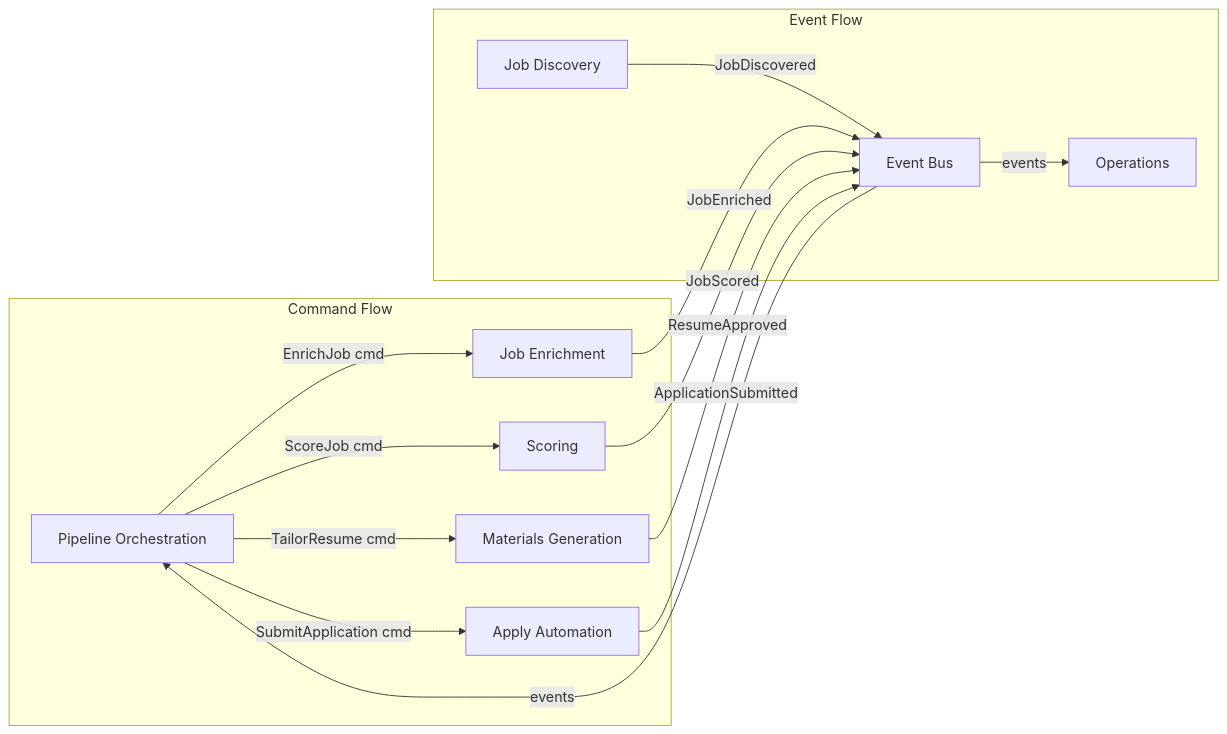
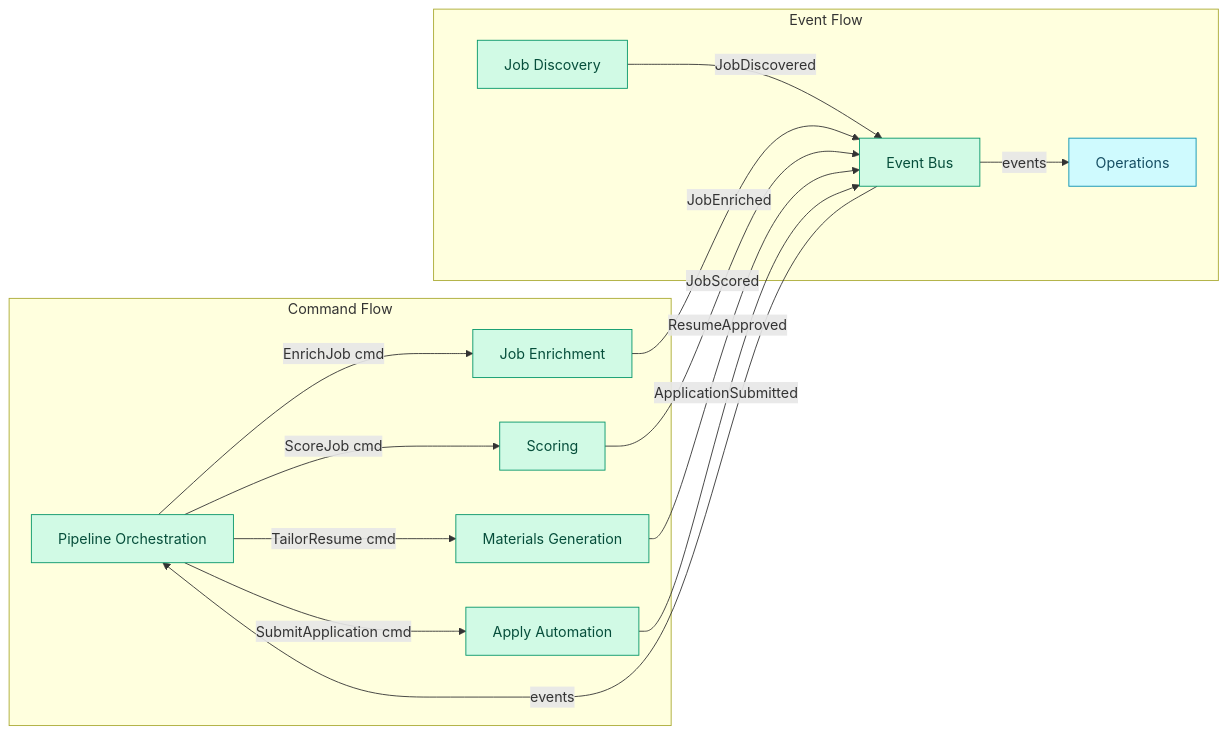
Before and after one commit to ebarti/JobCtrl: the second of 2 diagrams in docs/architecture/domain-model/integration.md, drawn with Mermaid. The commit also changed other lines of this file and 57 other files, not shown here.

````diff
--- a/docs/architecture/domain-model/integration.md
+++ b/docs/architecture/domain-model/integration.md
@@ -13,19 +46,24 @@
 ```mermaid
 graph LR
     subgraph "Command Flow"
         PO["Pipeline Orchestration"] -->|"EnrichJob cmd"| JE["Job Enrichment"]
         PO -->|"ScoreJob cmd"| SC["Scoring"]
         PO -->|"TailorResume cmd"| MG["Materials Generation"]
         PO -->|"SubmitApplication cmd"| AA["Apply Automation"]
     end
 
     subgraph "Event Flow"
         JD["Job Discovery"] -->|"JobDiscovered"| EB["Event Bus"]
         JE -->|"JobEnriched"| EB
         SC -->|"JobScored"| EB
         MG -->|"ResumeApproved"| EB
         AA -->|"ApplicationSubmitted"| EB
         EB -->|"events"| PO
         EB -->|"events"| OPS["Operations"]
     end
+
+    classDef py fill:#d1fae5,stroke:#059669,color:#064e3b
+    classDef store fill:#cffafe,stroke:#0891b2,color:#164e63
+    class PO,JE,SC,MG,AA,JD,EB py
+    class OPS store
 ```
````
